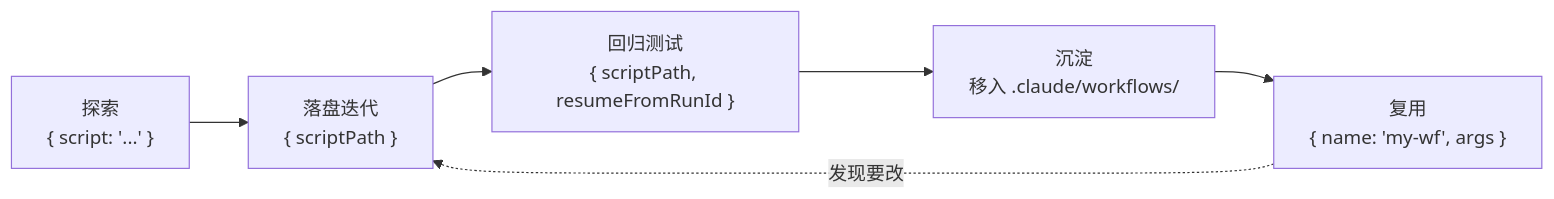
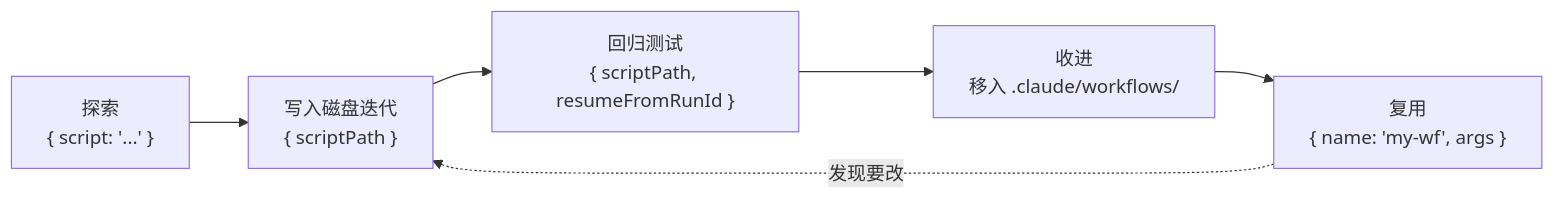
Before and after one commit to AGI-is-going-to-arrive/workflow-cookbook: the first of 2 diagrams in docs/zh/p5-25-your-library.md, drawn with Mermaid. The commit also changed other lines of this file and 78 other files, not shown here.

````diff
--- a/docs/zh/p5-25-your-library.md
+++ b/docs/zh/p5-25-your-library.md
@@ -46,8 +46,8 @@
 ```mermaid
 flowchart LR
-  A["探索<br/>{ script: '...' }"] --> B["落盘迭代<br/>{ scriptPath }"]
+  A["探索<br/>{ script: '...' }"] --> B["写入磁盘迭代<br/>{ scriptPath }"]
   B --> C["回归测试<br/>{ scriptPath, resumeFromRunId }"]
-  C --> D["沉淀<br/>移入 .claude/workflows/"]
+  C --> D["收进<br/>移入 .claude/workflows/"]
   D --> E["复用<br/>{ name: 'my-wf', args }"]
   E -.发现要改.-> B
 ```
````
